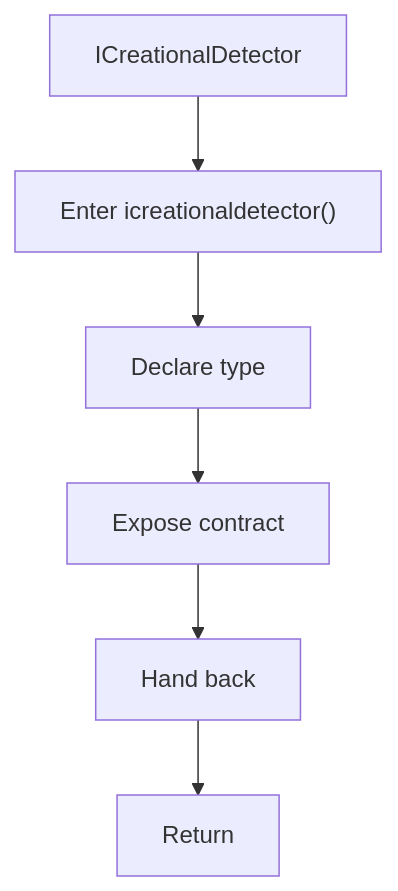
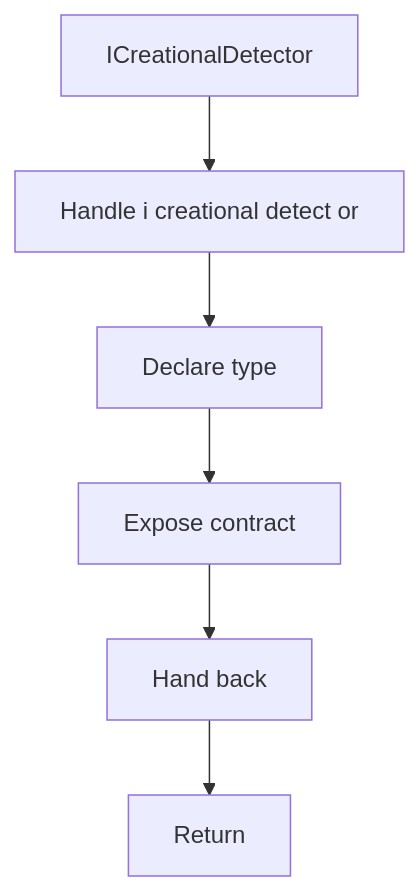
The diagram in docs/Codebase/Microservice/Modules/Header/SyntacticBrokenAST/Trees/Broken/Creational/Flow/functions/icreationaldetector.hpp.md (JohnAndrewBalbarosa/NeoTerritory), drawn with Mermaid before and after one commit. The commit also changed other lines of this file and 925 other files, not shown here.

````diff
--- a/docs/Codebase/Microservice/Modules/Header/SyntacticBrokenAST/Trees/Broken/Creational/Flow/functions/icreationaldetector.hpp.md
+++ b/docs/Codebase/Microservice/Modules/Header/SyntacticBrokenAST/Trees/Broken/Creational/Flow/functions/icreationaldetector.hpp.md
@@ -16,14 +16,14 @@
 ```mermaid
 flowchart TD
     Start["ICreationalDetector"]
-    N0["Enter icreationaldetector()"]
+    N0["Handle i creational detect or"]
     N1["Declare type"]
     N2["Expose contract"]
     N3["Hand back"]
     End["Return"]
     Start --> N0
     N0 --> N1
     N1 --> N2
     N2 --> N3
     N3 --> End
 ```
````
